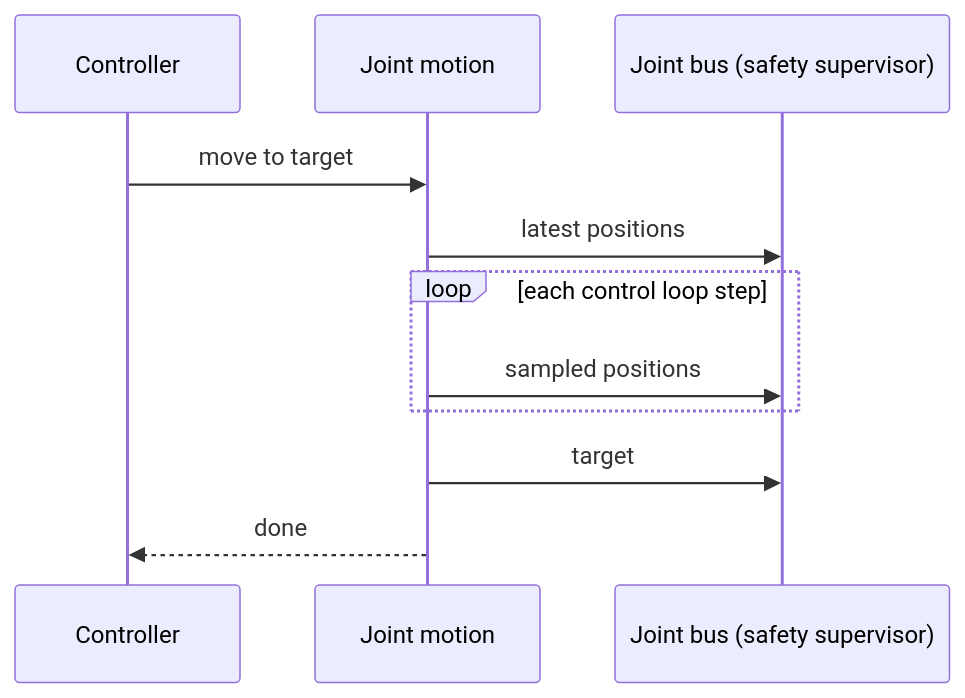
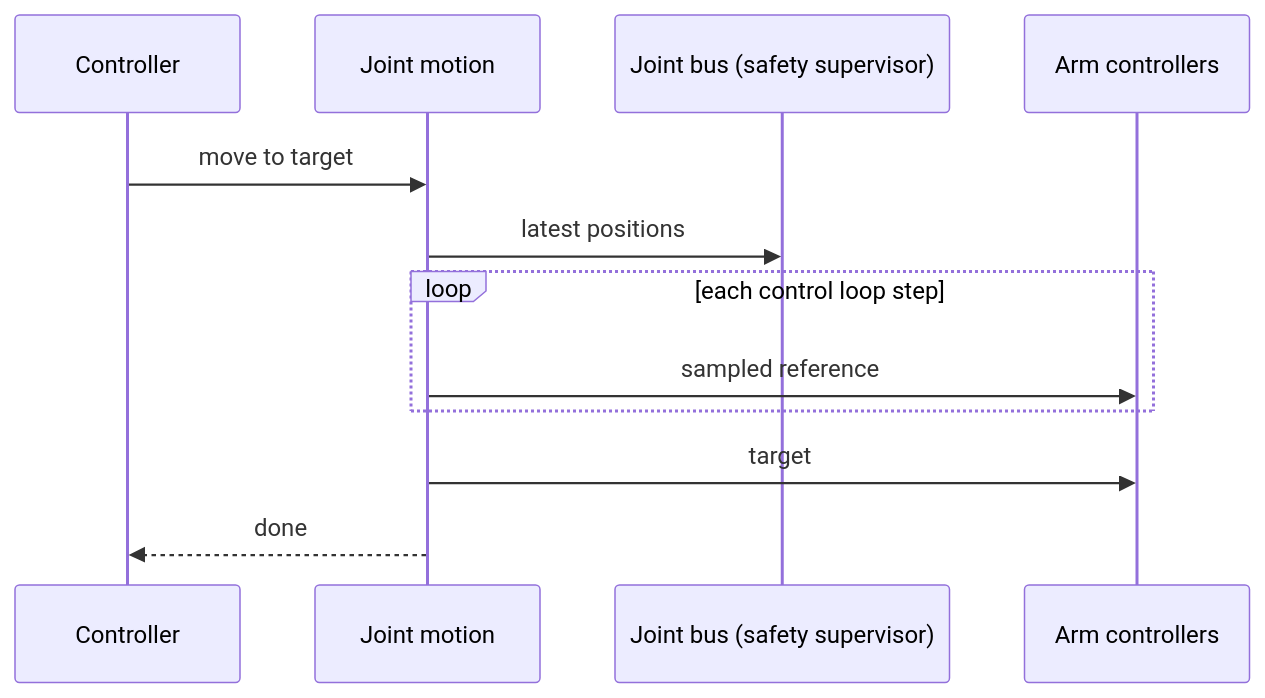
Before and after one commit to embedded-pro/e-robot-arm: the second of 2 diagrams in documentation/design/joint-motion.md, drawn with Mermaid. The commit also changed other lines of this file and 19 other files, not shown here.

````diff
--- a/documentation/design/joint-motion.md
+++ b/documentation/design/joint-motion.md
@@ -117,13 +122,14 @@
 ```mermaid
 sequenceDiagram
     participant C as Controller
     participant M as Joint motion
     participant B as Joint bus (safety supervisor)
+    participant A as Arm controllers
     C->>M: move to target
     M->>B: latest positions
     loop each control loop step
-        M->>B: sampled positions
+        M->>A: sampled reference
     end
-    M->>B: target
+    M->>A: target
     M-->>C: done
 ```
````
